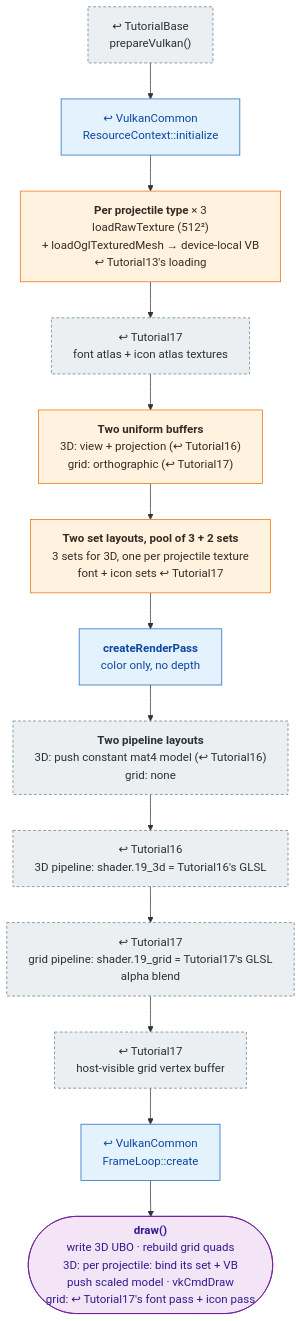
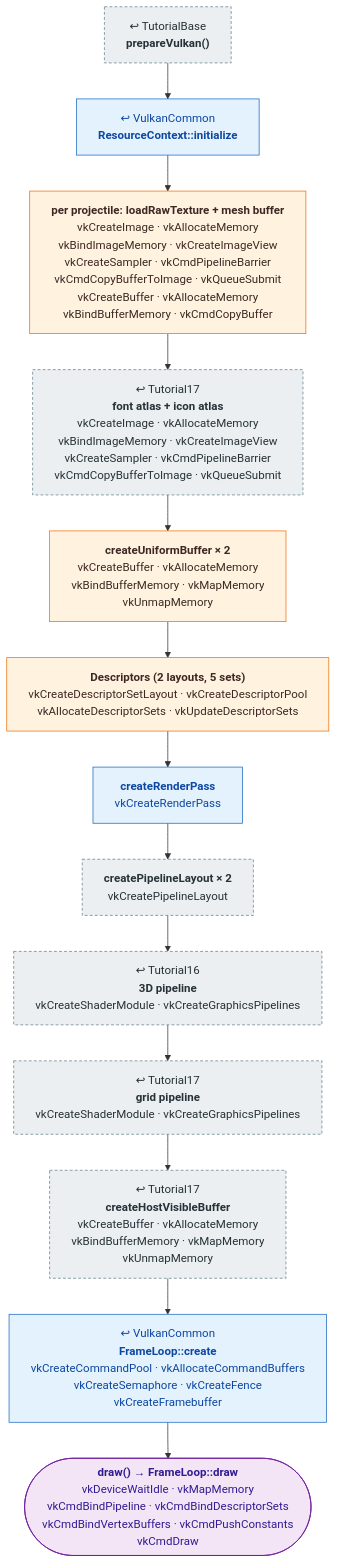
The diagram in docs/pipeline/19_weapons_projectiles.md (mehoggan/vulkan_graphix), drawn with Mermaid before and after one commit. The commit also changed other lines of this file and 24 other files, not shown here.

First line of the commit message:
docs: label pipeline boxes with the Vulkan calls each step makes

````diff
--- a/docs/pipeline/19_weapons_projectiles.md
+++ b/docs/pipeline/19_weapons_projectiles.md
@@ -12,25 +12,25 @@
 ```mermaid
 %%{init: {"flowchart": {"wrappingWidth": 400}}}%%
 flowchart TD
     classDef reused fill:#eceff1,stroke:#607d8b,stroke-dasharray:4 3,color:#263238
     classDef changed fill:#fff3e0,stroke:#ef6c00,color:#3e2723
     classDef new fill:#e8f5e9,stroke:#2e7d32,color:#1b5e20
     classDef shared fill:#e3f2fd,stroke:#1565c0,color:#0d47a1
     classDef frame fill:#f3e5f5,stroke:#6a1b9a,color:#311b92
 
-    BASE["↩ TutorialBase<br/>prepareVulkan()"]:::reused
-    RC["↩ VulkanCommon<br/>ResourceContext::initialize"]:::shared
-    PROJ["<b>Per projectile type</b> × 3<br/>loadRawTexture (512²)<br/>+ loadOglTexturedMesh → device-local VB<br/>↩ Tutorial13's loading"]:::changed
-    GRIDTEX["↩ Tutorial17<br/>font atlas + icon atlas textures"]:::reused
-    UBO["<b>Two uniform buffers</b><br/>3D: view + projection (↩ Tutorial16)<br/>grid: orthographic (↩ Tutorial17)"]:::changed
-    DESC["<b>Two set layouts, pool of 3 + 2 sets</b><br/>3 sets for 3D, one per projectile texture<br/>font + icon sets ↩ Tutorial17"]:::changed
-    RP["<b>createRenderPass</b><br/>color only, no depth"]:::shared
-    PLL["<b>Two pipeline layouts</b><br/>3D: push constant mat4 model (↩ Tutorial16)<br/>grid: none"]:::reused
-    P3D["↩ Tutorial16<br/>3D pipeline: shader.19_3d = Tutorial16's GLSL"]:::reused
-    PGRID["↩ Tutorial17<br/>grid pipeline: shader.19_grid = Tutorial17's GLSL<br/>alpha blend"]:::reused
-    VB["↩ Tutorial17<br/>host-visible grid vertex buffer"]:::reused
-    FL["↩ VulkanCommon<br/>FrameLoop::create"]:::shared
-    DRAW(["<b>draw()</b><br/>write 3D UBO · rebuild grid quads<br/>3D: per projectile: bind its set + VB<br/>push scaled model · vkCmdDraw<br/>grid: ↩ Tutorial17's font pass + icon pass"]):::frame
+    BASE["↩ TutorialBase<br/><b>prepareVulkan()</b>"]:::reused
+    RC["↩ VulkanCommon<br/><b>ResourceContext::initialize</b>"]:::shared
+    PROJ["<b>per projectile: loadRawTexture + mesh buffer</b><br/>vkCreateImage  ·  vkAllocateMemory<br/>vkBindImageMemory  ·  vkCreateImageView<br/>vkCreateSampler  ·  vkCmdPipelineBarrier<br/>vkCmdCopyBufferToImage  ·  vkQueueSubmit<br/>vkCreateBuffer  ·  vkAllocateMemory<br/>vkBindBufferMemory  ·  vkCmdCopyBuffer"]:::changed
+    GRIDTEX["↩ Tutorial17<br/><b>font atlas + icon atlas</b><br/>vkCreateImage  ·  vkAllocateMemory<br/>vkBindImageMemory  ·  vkCreateImageView<br/>vkCreateSampler  ·  vkCmdPipelineBarrier<br/>vkCmdCopyBufferToImage  ·  vkQueueSubmit"]:::reused
+    UBO["<b>createUniformBuffer × 2</b><br/>vkCreateBuffer  ·  vkAllocateMemory<br/>vkBindBufferMemory  ·  vkMapMemory<br/>vkUnmapMemory"]:::changed
+    DESC["<b>Descriptors (2 layouts, 5 sets)</b><br/>vkCreateDescriptorSetLayout  ·  vkCreateDescriptorPool<br/>vkAllocateDescriptorSets  ·  vkUpdateDescriptorSets"]:::changed
+    RP["<b>createRenderPass</b><br/>vkCreateRenderPass"]:::shared
+    PLL["<b>createPipelineLayout × 2</b><br/>vkCreatePipelineLayout"]:::reused
+    P3D["↩ Tutorial16<br/><b>3D pipeline</b><br/>vkCreateShaderModule  ·  vkCreateGraphicsPipelines"]:::reused
+    PGRID["↩ Tutorial17<br/><b>grid pipeline</b><br/>vkCreateShaderModule  ·  vkCreateGraphicsPipelines"]:::reused
+    VB["↩ Tutorial17<br/><b>createHostVisibleBuffer</b><br/>vkCreateBuffer  ·  vkAllocateMemory<br/>vkBindBufferMemory  ·  vkMapMemory<br/>vkUnmapMemory"]:::reused
+    FL["↩ VulkanCommon<br/><b>FrameLoop::create</b><br/>vkCreateCommandPool  ·  vkAllocateCommandBuffers<br/>vkCreateSemaphore  ·  vkCreateFence<br/>vkCreateFramebuffer"]:::shared
+    DRAW(["<b>draw() → FrameLoop::draw</b><br/>vkDeviceWaitIdle  ·  vkMapMemory<br/>vkCmdBindPipeline  ·  vkCmdBindDescriptorSets<br/>vkCmdBindVertexBuffers  ·  vkCmdPushConstants<br/>vkCmdDraw"]):::frame
 
     BASE --> RC --> PROJ --> GRIDTEX --> UBO --> DESC --> RP --> PLL --> P3D --> PGRID --> VB --> FL --> DRAW
 ```
````
